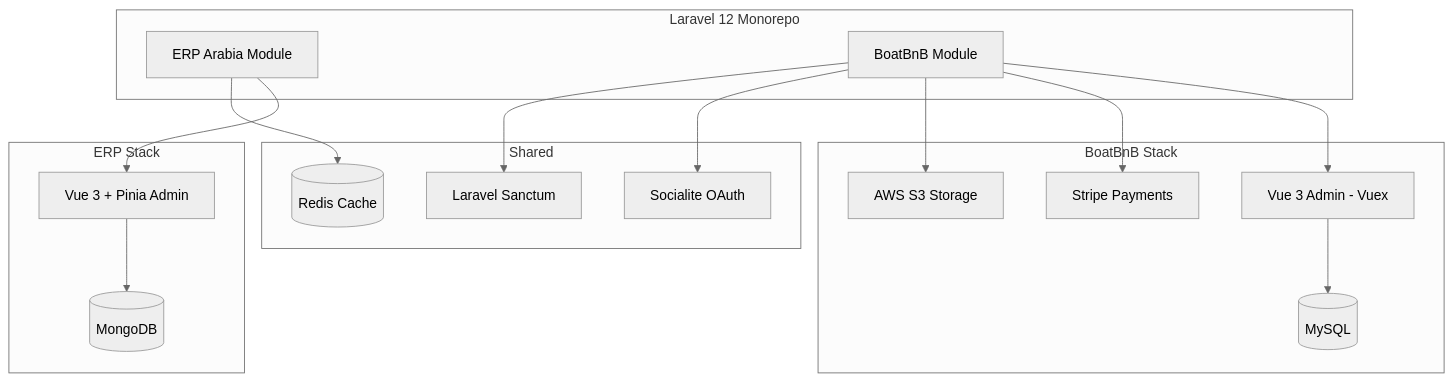
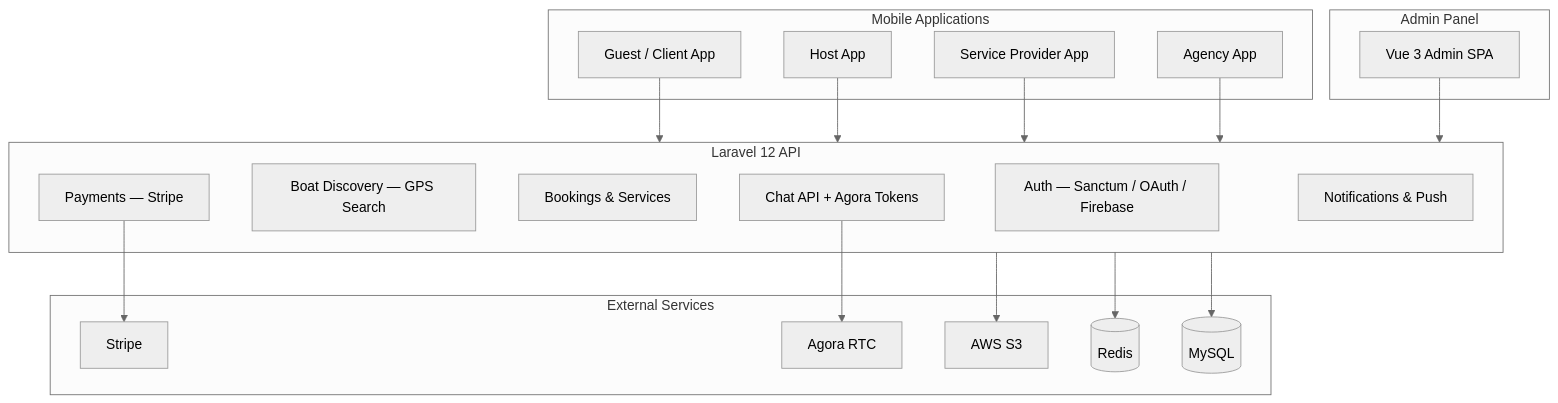
Before and after one commit to Abdelrahman1203/Abdelrahman1203.github.io: the diagram in docs/architecture/boatbnb-erp.md, drawn with Mermaid (neutral theme). The commit also changed other lines of this file and 218 other files, not shown here.

````diff
--- a/docs/architecture/boatbnb-erp.md
+++ b/docs/architecture/boatbnb-erp.md
@@ -3,33 +5,42 @@
 ```mermaid
 flowchart TB
-    subgraph Monorepo["Laravel 12 Monorepo"]
-        ERP[ERP Arabia Module]
-        BOAT[BoatBnB Module]
+    subgraph Clients["Mobile Applications"]
+        GUEST[Guest / Client App]
+        HOST[Host App]
+        PROVIDER[Service Provider App]
+        AGENCY[Agency App]
     end
 
-    subgraph ERP Stack
-        VUE_ERP[Vue 3 + Pinia Admin]
-        MONGO[(MongoDB)]
+    subgraph Admin["Admin Panel"]
+        VUE[Vue 3 Admin SPA]
     end
 
-    subgraph BoatBnB Stack
-        VUE_BOAT[Vue 3 Admin - Vuex]
-        MYSQL[(MySQL)]
-        STRIPE[Stripe Payments]
-        S3[AWS S3 Storage]
+    subgraph API["Laravel 12 API"]
+        AUTH[Auth — Sanctum / OAuth / Firebase]
+        BOATS[Boat Discovery — GPS Search]
+        BOOK[Bookings & Services]
+        PAY[Payments — Stripe]
+        CHAT[Chat API + Agora Tokens]
+        NOTIF[Notifications & Push]
     end
 
-    subgraph Shared
-        REDIS[(Redis Cache)]
-        SANCTUM[Laravel Sanctum]
-        SOCIAL[Socialite OAuth]
+    subgraph External["External Services"]
+        STRIPE[Stripe]
+        AGORA[Agora RTC]
+        S3[AWS S3]
+        REDIS[(Redis)]
+        MYSQL[(MySQL)]
     end
 
-    ERP --> VUE_ERP --> MONGO
-    BOAT --> VUE_BOAT --> MYSQL
-    BOAT --> STRIPE
-    BOAT --> S3
-    BOAT --> SOCIAL
-    ERP --> REDIS
-    BOAT --> SANCTUM
+    GUEST --> API
+    HOST --> API
+    PROVIDER --> API
+    AGENCY --> API
+    VUE --> API
+
+    API --> MYSQL
+    API --> REDIS
+    PAY --> STRIPE
+    CHAT --> AGORA
+    API --> S3
 ```
````
